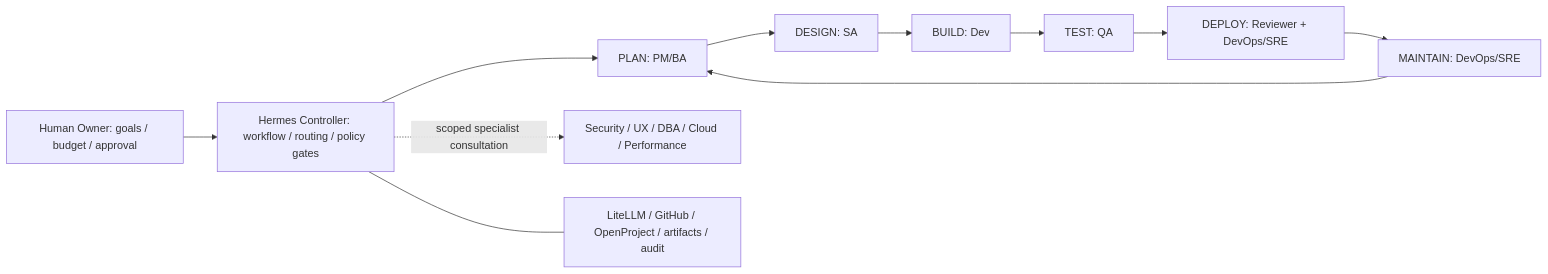
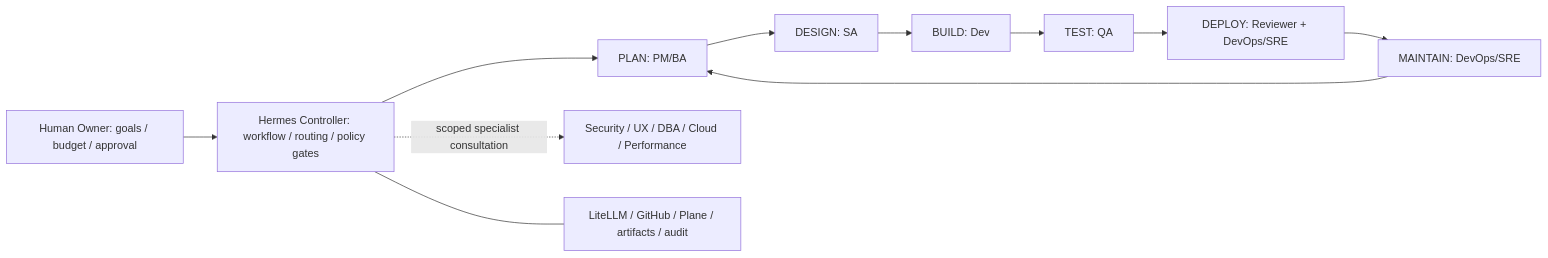
One commit to adisornsir/coe-eap-hermes-orchestration changed the diagram in README.md. Above: the diagram before and after it, drawn with Mermaid. The commit also changed other lines of this file and 7 other files, not shown here.

Commit message:
docs(architecture): adopt Plane work management and Telegram Hermes Gateway integration

````diff
--- a/README.md
+++ b/README.md
@@ -14,13 +14,13 @@
 ```mermaid
 flowchart LR
  H["Human Owner: goals / budget / approval"] --> O["Hermes Controller: workflow / routing / policy gates"]
  O --> P["PLAN: PM/BA"]
  P --> D["DESIGN: SA"]
  D --> B["BUILD: Dev"]
  B --> T["TEST: QA"]
  T --> X["DEPLOY: Reviewer + DevOps/SRE"]
  X --> M["MAINTAIN: DevOps/SRE"]
  M --> P
  O -. scoped specialist consultation .-> SP["Security / UX / DBA / Cloud / Performance"]
- O --- SH["LiteLLM / GitHub / OpenProject / artifacts / audit"]
+ O --- SH["LiteLLM / GitHub / Plane / artifacts / audit"]
 ```
````
